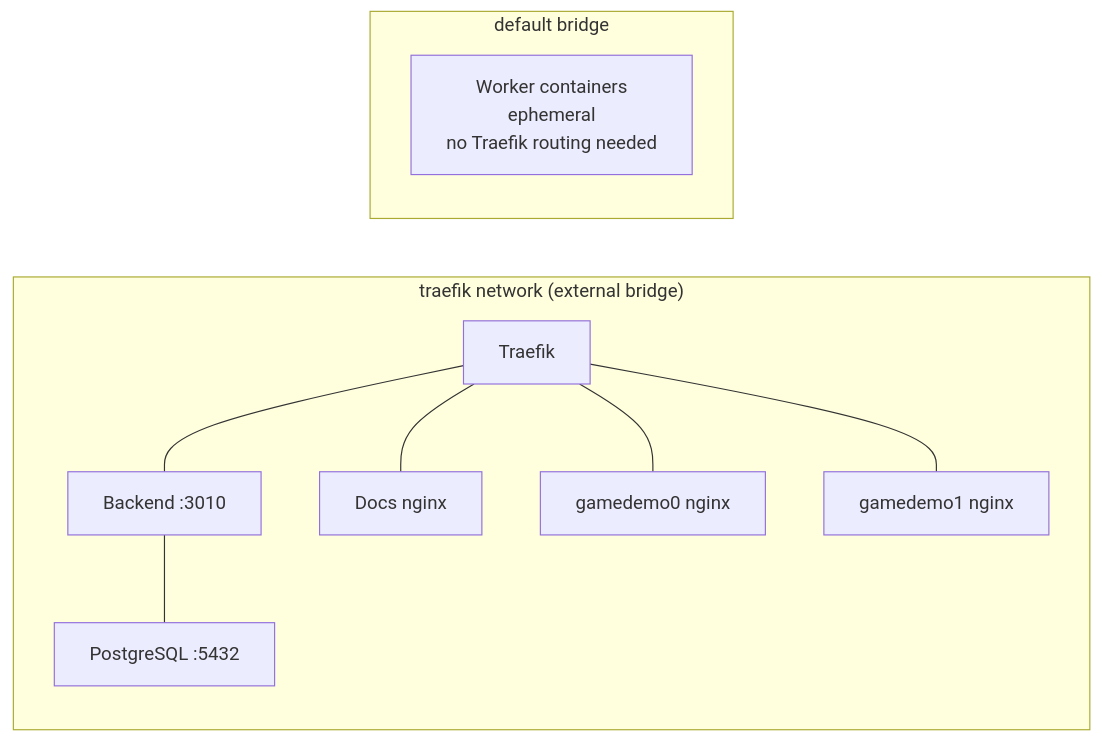
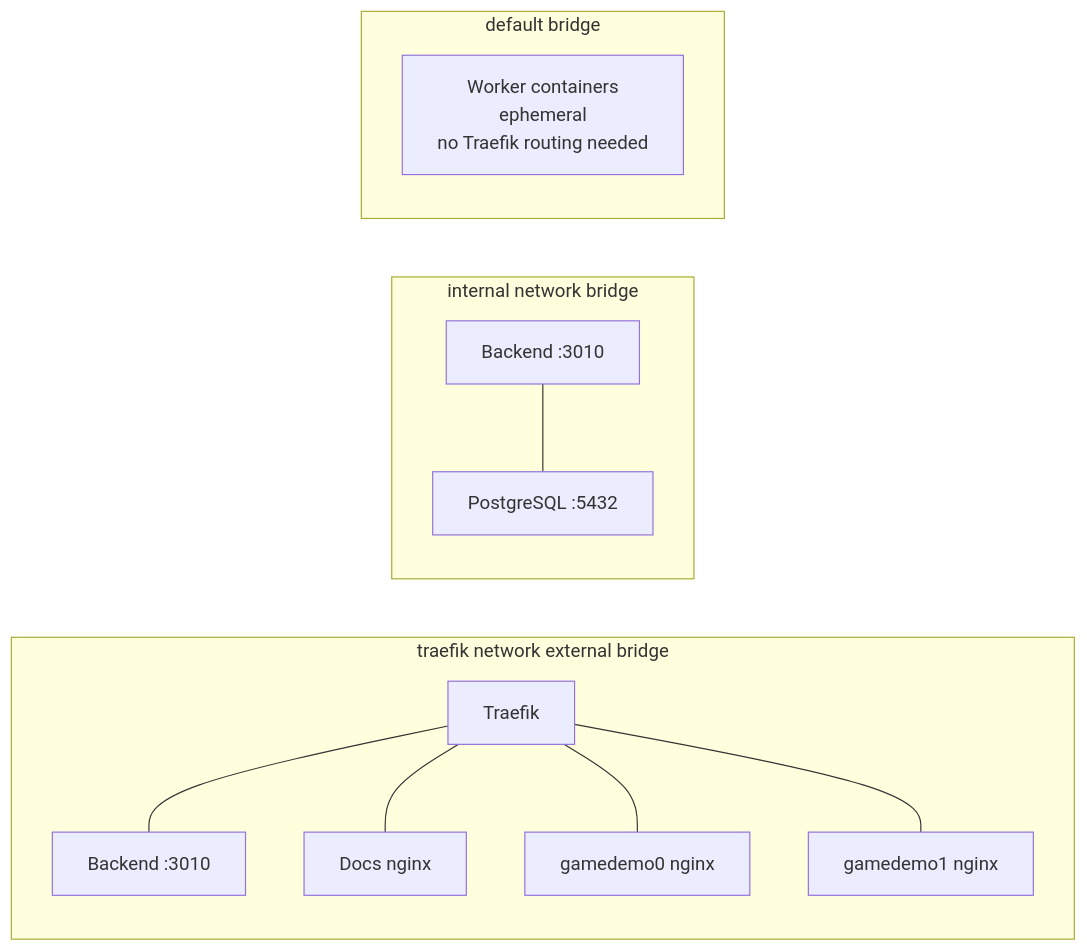
Before and after one commit to J-Gierend/gamePocGen: the fourth of 5 diagrams in AI/document/07-deployment.md, drawn with Mermaid. The commit also changed other lines of this file and 12 other files, not shown here.

First line of the commit message:
fix: regenerate all architecture docs from current source

````diff
--- a/AI/document/07-deployment.md
+++ b/AI/document/07-deployment.md
@@ -74,21 +73,25 @@
 ```mermaid
 graph LR
-    subgraph "traefik network (external bridge)"
+    subgraph "traefik network external bridge"
         TF["Traefik"]
         BE["Backend :3010"]
-        PG2["PostgreSQL :5432"]
         DOC["Docs nginx"]
         GD0["gamedemo0 nginx"]
         GD1["gamedemo1 nginx"]
+    end
+
+    subgraph "internal network bridge"
+        BE2["Backend :3010"]
+        PG2["PostgreSQL :5432"]
     end
 
     subgraph "default bridge"
         WK["Worker containers\nephemeral\nno Traefik routing needed"]
     end
 
     TF --- BE
     TF --- DOC
     TF --- GD0
     TF --- GD1
-    BE --- PG2
+    BE2 --- PG2
 ```
````
